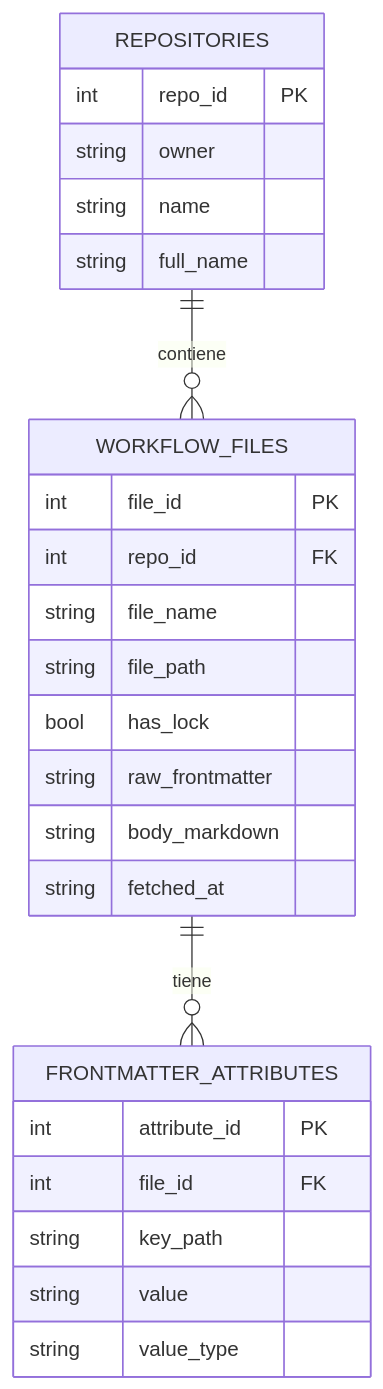
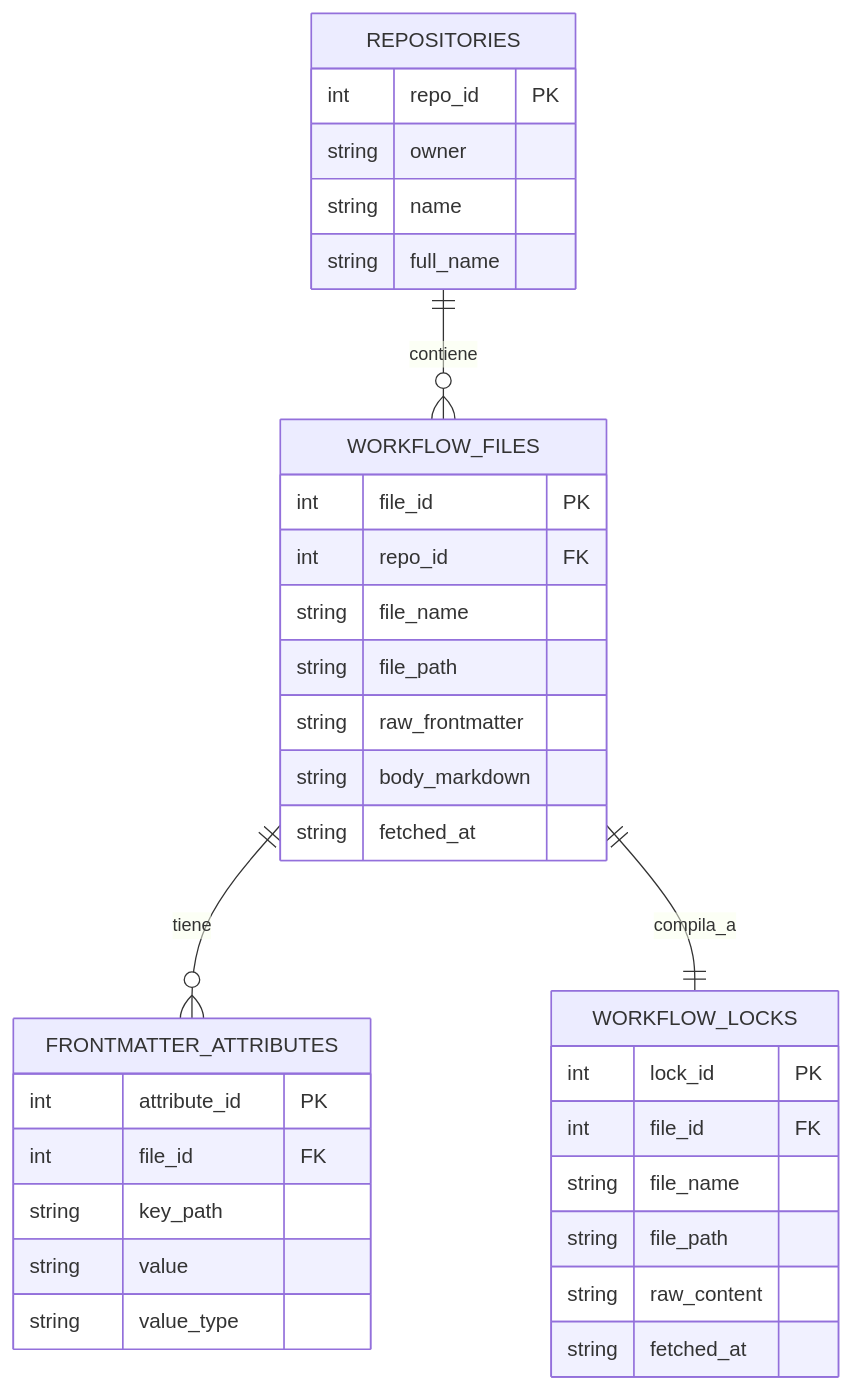
The diagram in docs/er-diagram.md (Nero-test/miner_Ing_Datos), drawn with Mermaid before and after one commit. The commit also changed other lines of this file and 13 other files, not shown here.

First line of the commit message:
Tarea 4: agregar workflow_locks al esquema (4 tablas)

````diff
--- a/docs/er-diagram.md
+++ b/docs/er-diagram.md
@@ -7,29 +7,37 @@
 ```mermaid
 erDiagram
     REPOSITORIES ||--o{ WORKFLOW_FILES : contiene
     WORKFLOW_FILES ||--o{ FRONTMATTER_ATTRIBUTES : tiene
+    WORKFLOW_FILES ||--|| WORKFLOW_LOCKS : compila_a
 
     REPOSITORIES {
         int repo_id PK
         string owner
         string name
         string full_name
     }
     WORKFLOW_FILES {
         int file_id PK
         int repo_id FK
         string file_name
         string file_path
-        bool has_lock
         string raw_frontmatter
         string body_markdown
+        string fetched_at
+    }
+    WORKFLOW_LOCKS {
+        int lock_id PK
+        int file_id FK
+        string file_name
+        string file_path
+        string raw_content
         string fetched_at
     }
     FRONTMATTER_ATTRIBUTES {
         int attribute_id PK
         int file_id FK
         string key_path
         string value
         string value_type
     }
 ```
````
